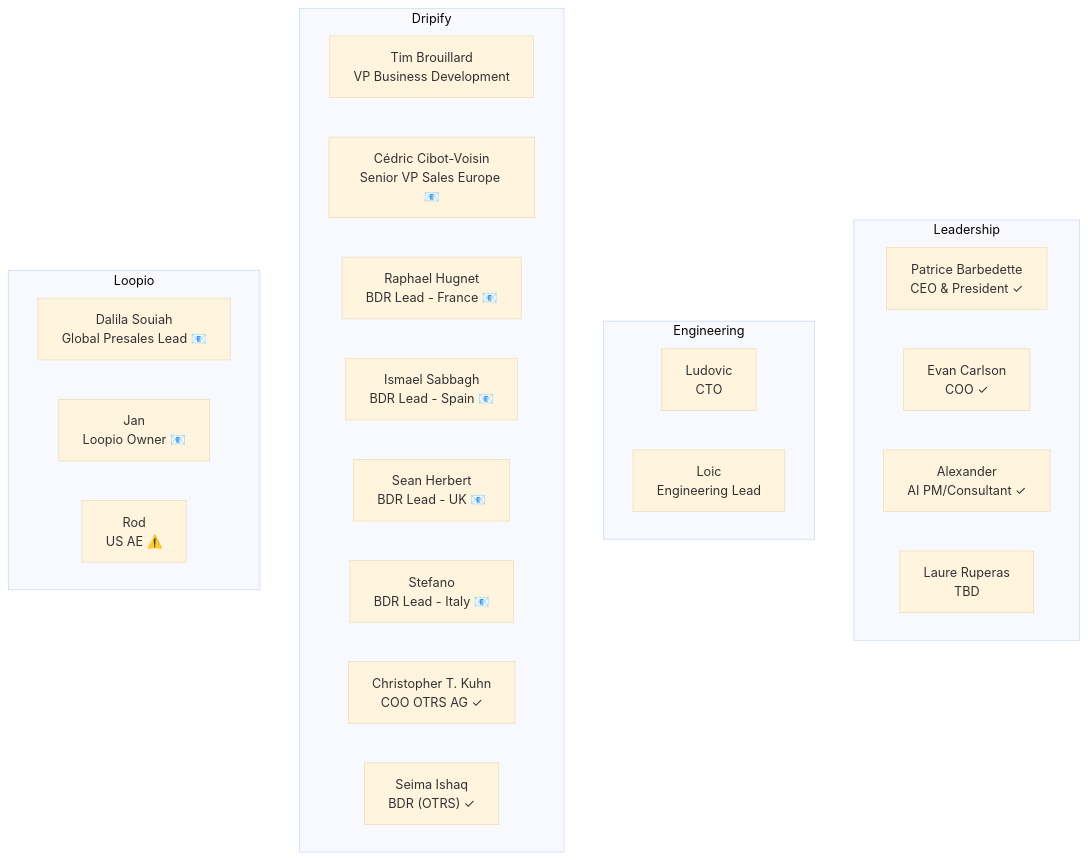
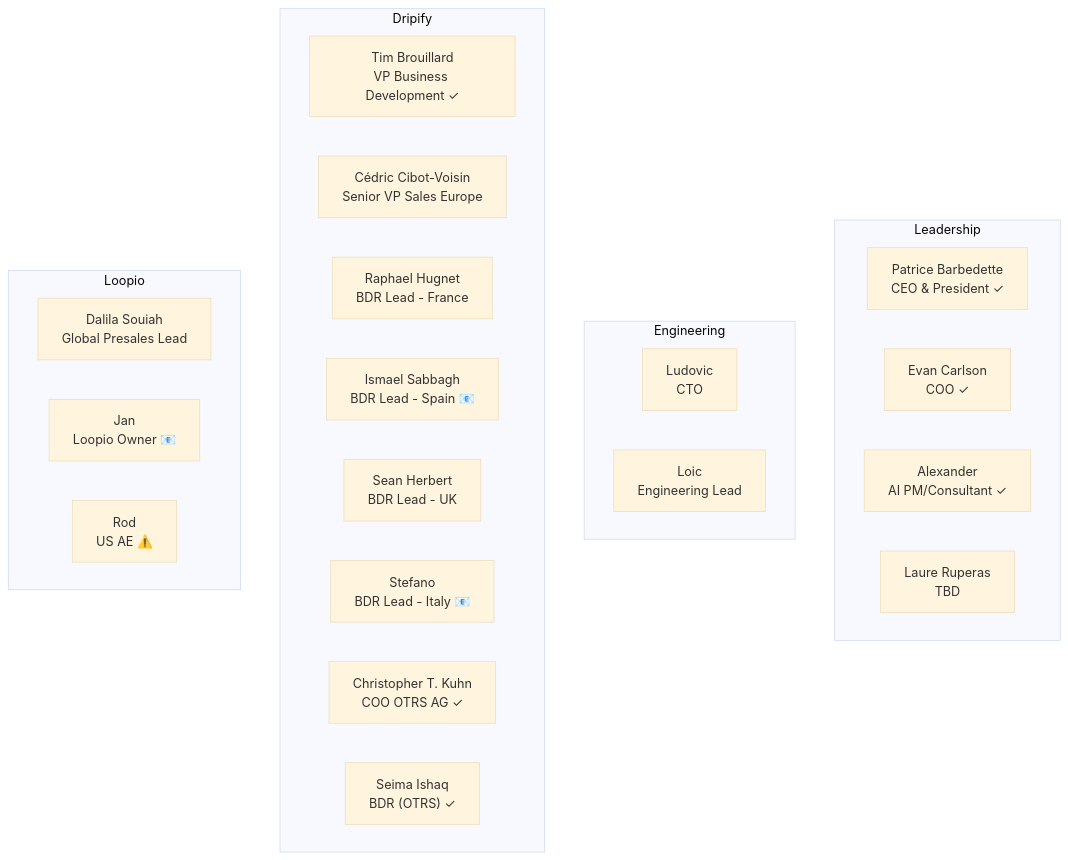
One commit to pqsoccerboy17/client-timelines changed the diagram in easyvista-stakeholders.mermaid. Above: the diagram before and after it, drawn with Mermaid (base theme). The commit also changed 2 other files, not shown here.

Commit message:
Update stakeholder statuses for validation call progression
Tim Brouillard: scheduled → engaged (validation call completed)
Cédric Cibot-Voisin: outreach_sent → scheduled
Raphael Hugnet: outreach_sent → scheduled
Sean Herbert: outreach_sent → scheduled
Dalila Souiah: outreach_sent → scheduled

Reflects progression from initial outreach phase to scheduled
validation calls for European BDR expansion and Loopio workstream.

````diff
--- a/easyvista-stakeholders.mermaid
+++ b/easyvista-stakeholders.mermaid
@@ -1,28 +1,28 @@
 ```mermaid
 flowchart TB
     subgraph Leadership
         Patrice_Barbedette["Patrice Barbedette<br/>CEO & President ✓"]
         Evan_Carlson["Evan Carlson<br/>COO ✓"]
         Alexander["Alexander<br/>AI PM/Consultant ✓"]
         Laure_Ruperas["Laure Ruperas<br/>TBD "]
     end
     subgraph Engineering
         Ludovic["Ludovic<br/>CTO "]
         Loic["Loic<br/>Engineering Lead "]
     end
     subgraph Dripify
-        Tim_Brouillard["Tim Brouillard<br/>VP Business Development "]
-        Cédric_Cibot-Voisin["Cédric Cibot-Voisin<br/>Senior VP Sales Europe 📧"]
-        Raphael_Hugnet["Raphael Hugnet<br/>BDR Lead - France 📧"]
+        Tim_Brouillard["Tim Brouillard<br/>VP Business Development ✓"]
+        Cédric_Cibot-Voisin["Cédric Cibot-Voisin<br/>Senior VP Sales Europe "]
+        Raphael_Hugnet["Raphael Hugnet<br/>BDR Lead - France "]
         Ismael_Sabbagh["Ismael Sabbagh<br/>BDR Lead - Spain 📧"]
-        Sean_Herbert["Sean Herbert<br/>BDR Lead - UK 📧"]
+        Sean_Herbert["Sean Herbert<br/>BDR Lead - UK "]
         Stefano["Stefano<br/>BDR Lead - Italy 📧"]
         Christopher_T._Kuhn["Christopher T. Kuhn<br/>COO OTRS AG ✓"]
         Seima_Ishaq["Seima Ishaq<br/>BDR (OTRS) ✓"]
     end
     subgraph Loopio
-        Dalila_Souiah["Dalila Souiah<br/>Global Presales Lead 📧"]
+        Dalila_Souiah["Dalila Souiah<br/>Global Presales Lead "]
         Jan["Jan<br/>Loopio Owner 📧"]
         Rod["Rod<br/>US AE ⚠️"]
     end
 ```
````
